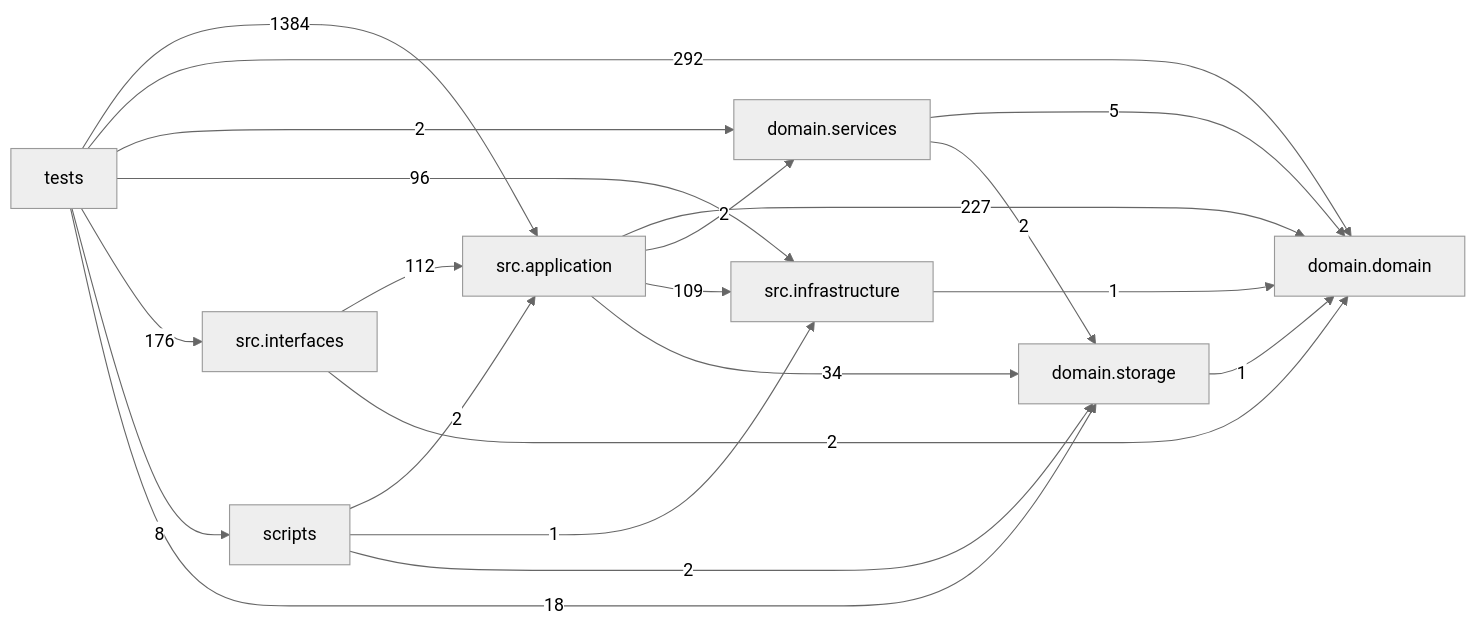
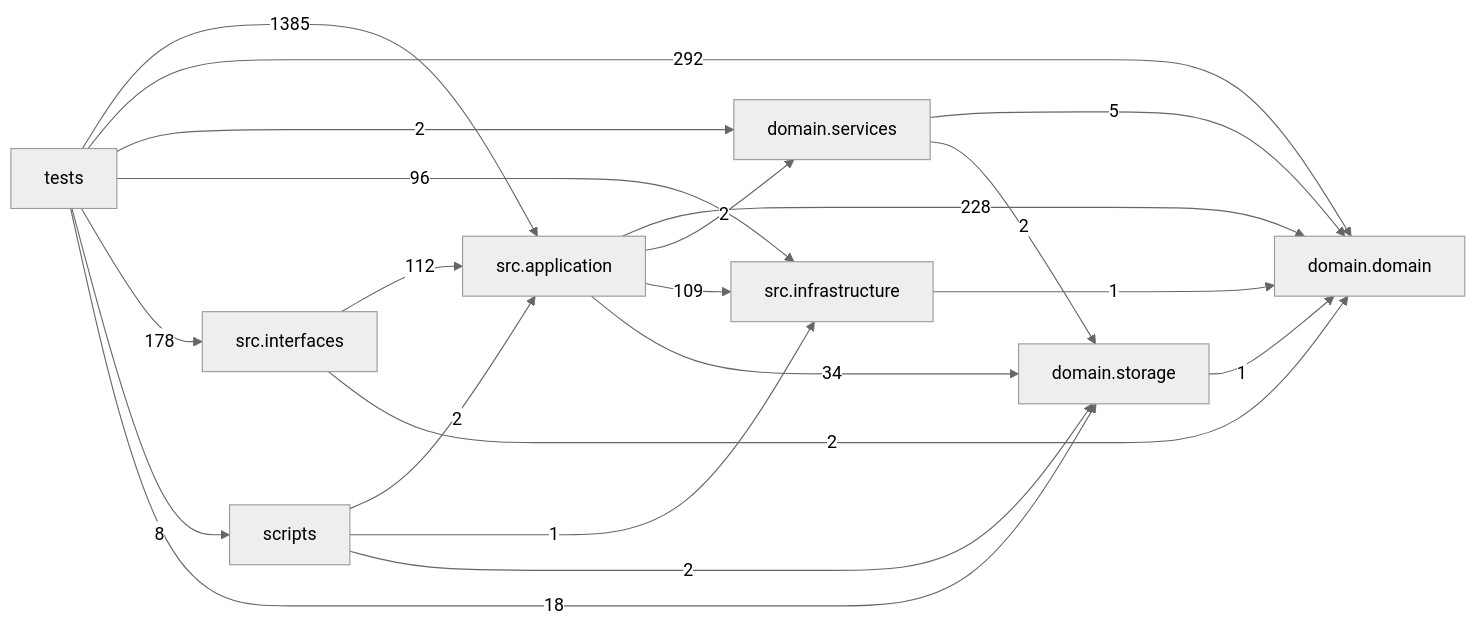
Before and after one commit to liuxie066/options-monitor: the diagram in docs/DEPENDENCY_GRAPH.md, drawn with Mermaid (neutral theme). The commit also changed other lines of this file and 8 other files, not shown here.

````diff
--- a/docs/DEPENDENCY_GRAPH.md
+++ b/docs/DEPENDENCY_GRAPH.md
@@ -24,31 +24,31 @@
 ```mermaid
 flowchart LR
   tests["tests"]
   scripts["scripts"]
   interfaces["src.interfaces"]
   application["src.application"]
   infrastructure["src.infrastructure"]
   domain_services["domain.services"]
   domain["domain.domain"]
   storage["domain.storage"]
-  application -->|227| domain
+  application -->|228| domain
   application -->|2| domain_services
   application -->|109| infrastructure
   application -->|34| storage
   domain_services -->|5| domain
   domain_services -->|2| storage
   infrastructure -->|1| domain
   interfaces -->|112| application
   interfaces -->|2| domain
   scripts -->|2| application
   scripts -->|1| infrastructure
   scripts -->|2| storage
   storage -->|1| domain
-  tests -->|1384| application
+  tests -->|1385| application
   tests -->|292| domain
   tests -->|2| domain_services
   tests -->|96| infrastructure
-  tests -->|176| interfaces
+  tests -->|178| interfaces
   tests -->|8| scripts
   tests -->|18| storage
 ```
````
